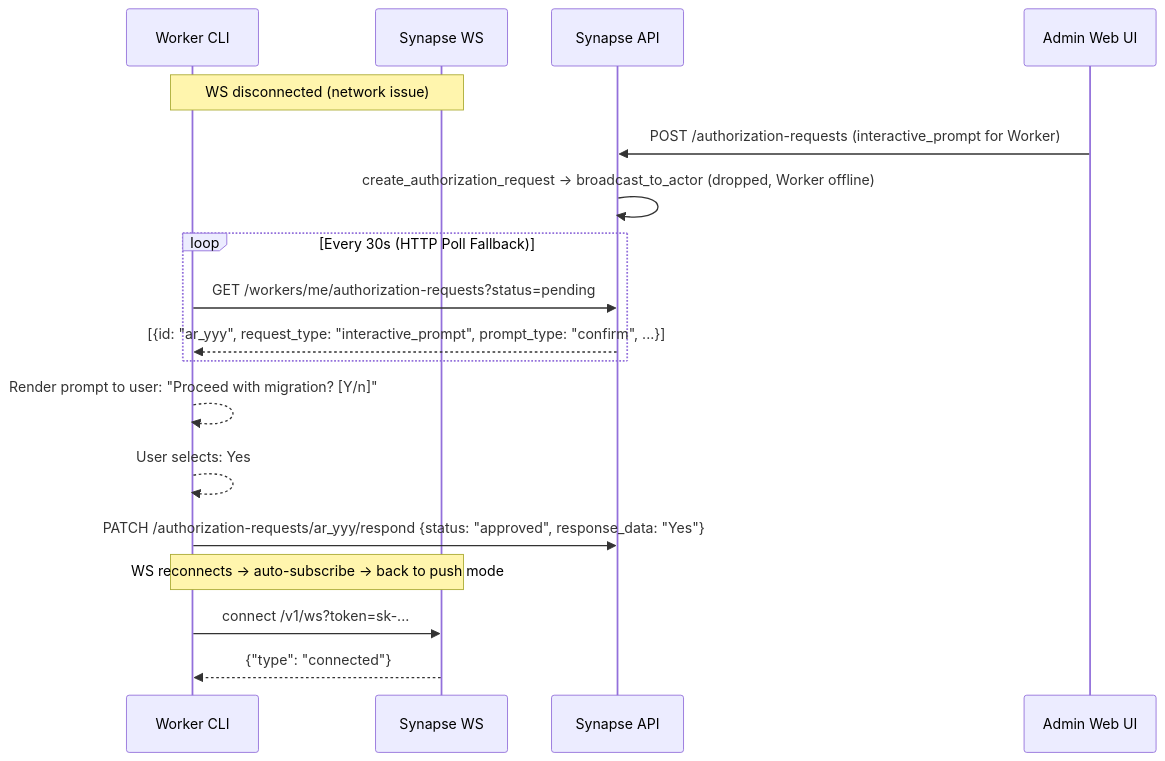
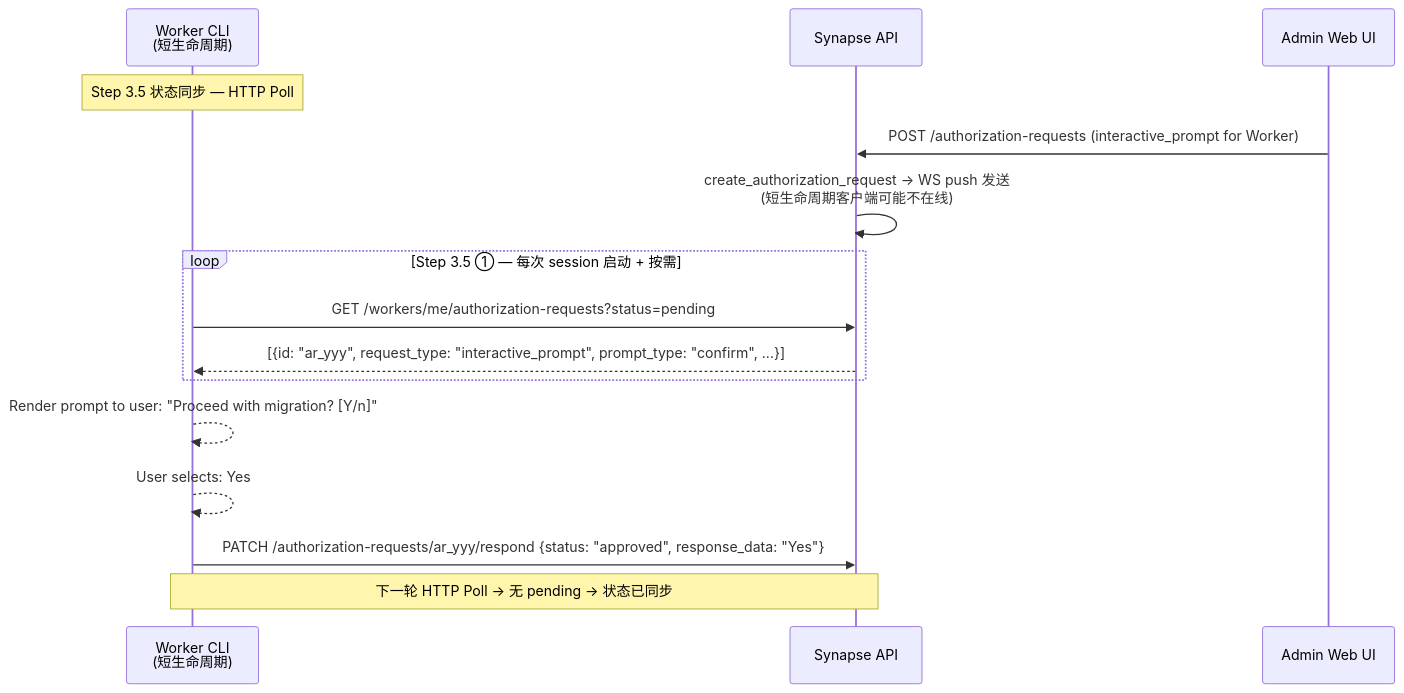
Before and after one commit to Coderkunhe/synapse: the third of 5 diagrams in synapse/docs/worker-admin-interaction-flow.md, drawn with Mermaid. The commit also changed other lines of this file and 2 other files, not shown here.

Commit message:
chore(synapse): P11-B28 ✅ 架构文档更新 — worker-admin-interaction-flow.md 双通道重新定位 + 时序图更新 · 5 files · 🟢 微型 (纯文档)

````diff
--- a/synapse/docs/worker-admin-interaction-flow.md
+++ b/synapse/docs/worker-admin-interaction-flow.md
@@ -361,26 +425,23 @@
 ```mermaid
 sequenceDiagram
-    participant CLI as Worker CLI
-    participant WS as Synapse WS
+    participant CLI as Worker CLI<br/>(短生命周期)
     participant API as Synapse API
     participant Admin as Admin Web UI
 
-    Note over CLI,WS: WS disconnected (network issue)
+    Note over CLI: Step 3.5 状态同步 — HTTP Poll
 
     Admin->>API: POST /authorization-requests (interactive_prompt for Worker)
-    API->>API: create_authorization_request → broadcast_to_actor (dropped, Worker offline)
+    API->>API: create_authorization_request → WS push 发送<br/>(短生命周期客户端可能不在线)
 
-    loop Every 30s (HTTP Poll Fallback)
+    loop Step 3.5 ① — 每次 session 启动 + 按需
         CLI->>API: GET /workers/me/authorization-requests?status=pending
         API-->>CLI: [{id: "ar_yyy", request_type: "interactive_prompt", prompt_type: "confirm", ...}]
     end
 
     CLI-->>CLI: Render prompt to user: "Proceed with migration? [Y/n]"
     CLI-->>CLI: User selects: Yes
 
     CLI->>API: PATCH /authorization-requests/ar_yyy/respond {status: "approved", response_data: "Yes"}
 
-    Note over CLI,WS: WS reconnects → auto-subscribe → back to push mode
-    CLI->>WS: connect /v1/ws?token=sk-...
-    WS-->>CLI: {"type": "connected"}
+    Note over CLI,API: 下一轮 HTTP Poll → 无 pending → 状态已同步
 ```
````
